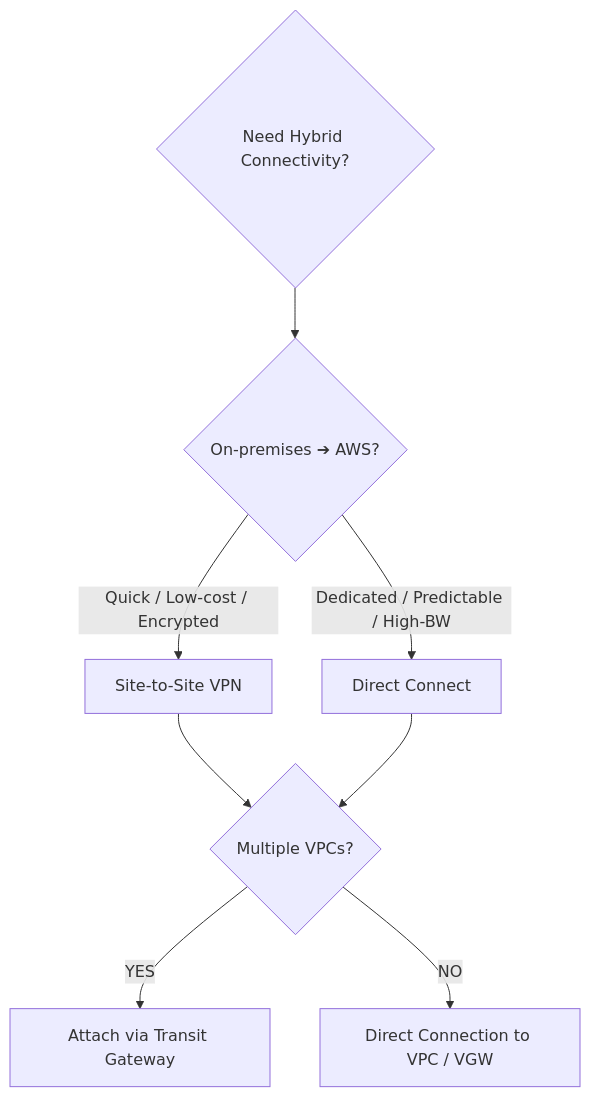
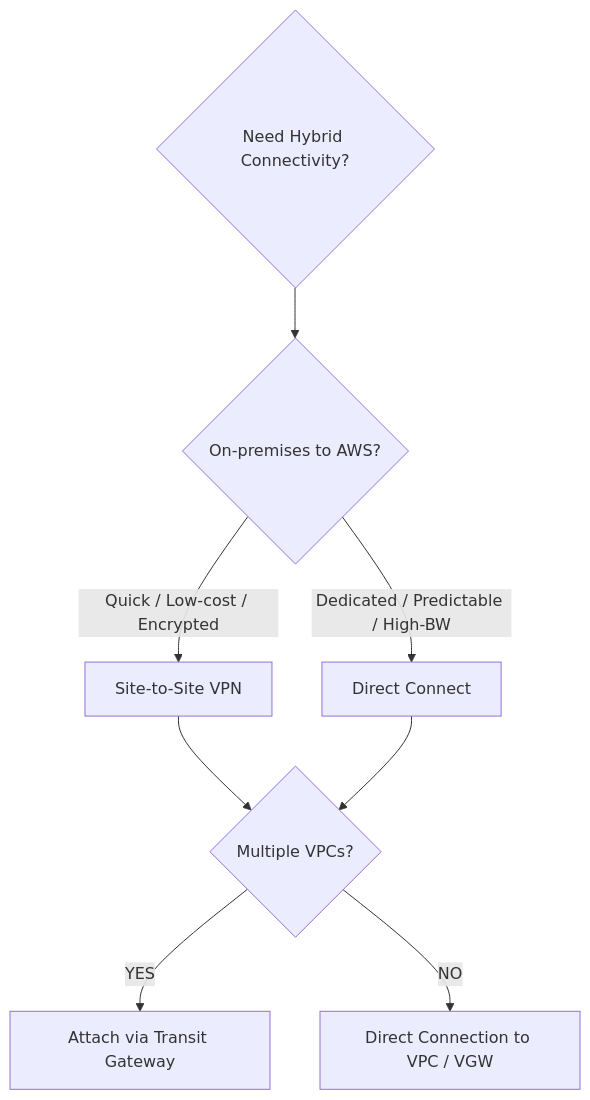
One commit to ReginRavi/AIP-C01 changed diagram 25 of 39 in 1.1 AWS — Evaluating Connectivity Options for On-Premises, Co-Location & Cloud Integration.md. Above: the diagram before and after it, drawn with Mermaid. The commit also changed other lines of this file, not shown here.

Commit message:
Fix Mermaid diagram syntax in 1.1 Evaluating Connectivity Options

````diff
--- a/1.1 AWS — Evaluating Connectivity Options for On-Premises, Co-Location & Cloud Integration.md
+++ b/1.1 AWS — Evaluating Connectivity Options for On-Premises, Co-Location & Cloud Integration.md
@@ -651,13 +656,13 @@
 ```mermaid
 flowchart TD
-    Start{"Need Hybrid Connectivity?"} --> AskType{"On-premises ➔ AWS?"}
+    Start{"Need Hybrid Connectivity?"} --> AskType{"On-premises to AWS?"}
     
-    AskType -->|Quick / Low-cost / Encrypted| VPN["Site-to-Site VPN"]
-    AskType -->|Dedicated / Predictable / High-BW| DX["Direct Connect"]
+    AskType -->|"Quick / Low-cost / Encrypted"| VPN["Site-to-Site VPN"]
+    AskType -->|"Dedicated / Predictable / High-BW"| DX["Direct Connect"]
 
     VPN --> MultiVPC{"Multiple VPCs?"}
     DX --> MultiVPC
 
-    MultiVPC -->|YES| TGW["Attach via Transit Gateway"]
-    MultiVPC -->|NO| DirectConn["Direct Connection to VPC / VGW"]
+    MultiVPC -->|"YES"| TGW["Attach via Transit Gateway"]
+    MultiVPC -->|"NO"| DirectConn["Direct Connection to VPC / VGW"]
 ```
````
